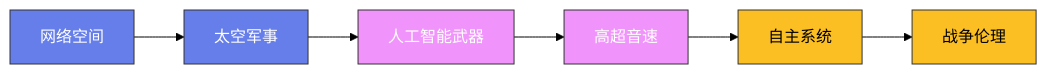
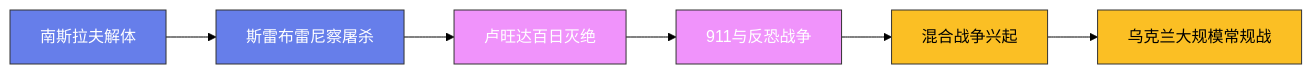
The diagram in content/posts/ModelCreate/军事史/19-后冷战冲突.md (Fengur/Fengur.github.io), drawn with Mermaid (forest theme) before and after one commit. The commit also changed 28 other files, not shown here.

````diff
--- a/content/posts/ModelCreate/军事史/19-后冷战冲突.md
+++ b/content/posts/ModelCreate/军事史/19-后冷战冲突.md
@@ -35,16 +35,16 @@
 ```mermaid
 graph LR
-    A["网络空间"] --> B["太空军事"]
-    B --> C["人工智能武器"]
-    C --> D["高超音速"]
-    D --> E["自主系统"]
-    E --> F["战争伦理"]
+    A["南斯拉夫解体"] --> B["斯雷布雷尼察屠杀"]
+    B --> C["卢旺达百日灭绝"]
+    C --> D["911与反恐战争"]
+    D --> E["混合战争兴起"]
+    E --> F["乌克兰大规模常规战"]
 
     classDef early fill:#667eea,stroke:#333,color:white
     classDef mid fill:#f093fb,stroke:#333,color:white
     classDef modern fill:#fbbf24,stroke:#333,color:black
 
     class A,B early
     class C,D mid
     class E,F modern
 ```
````
